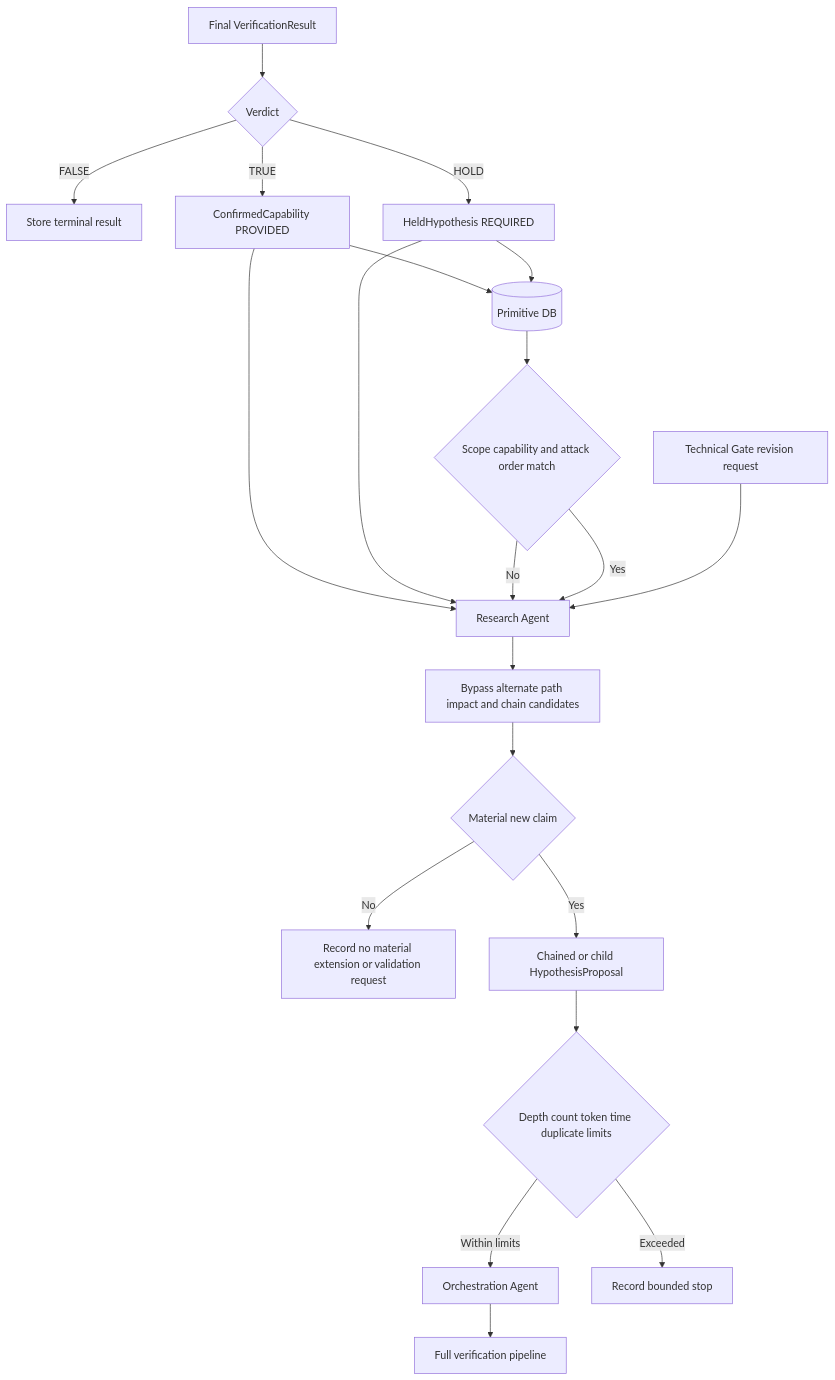
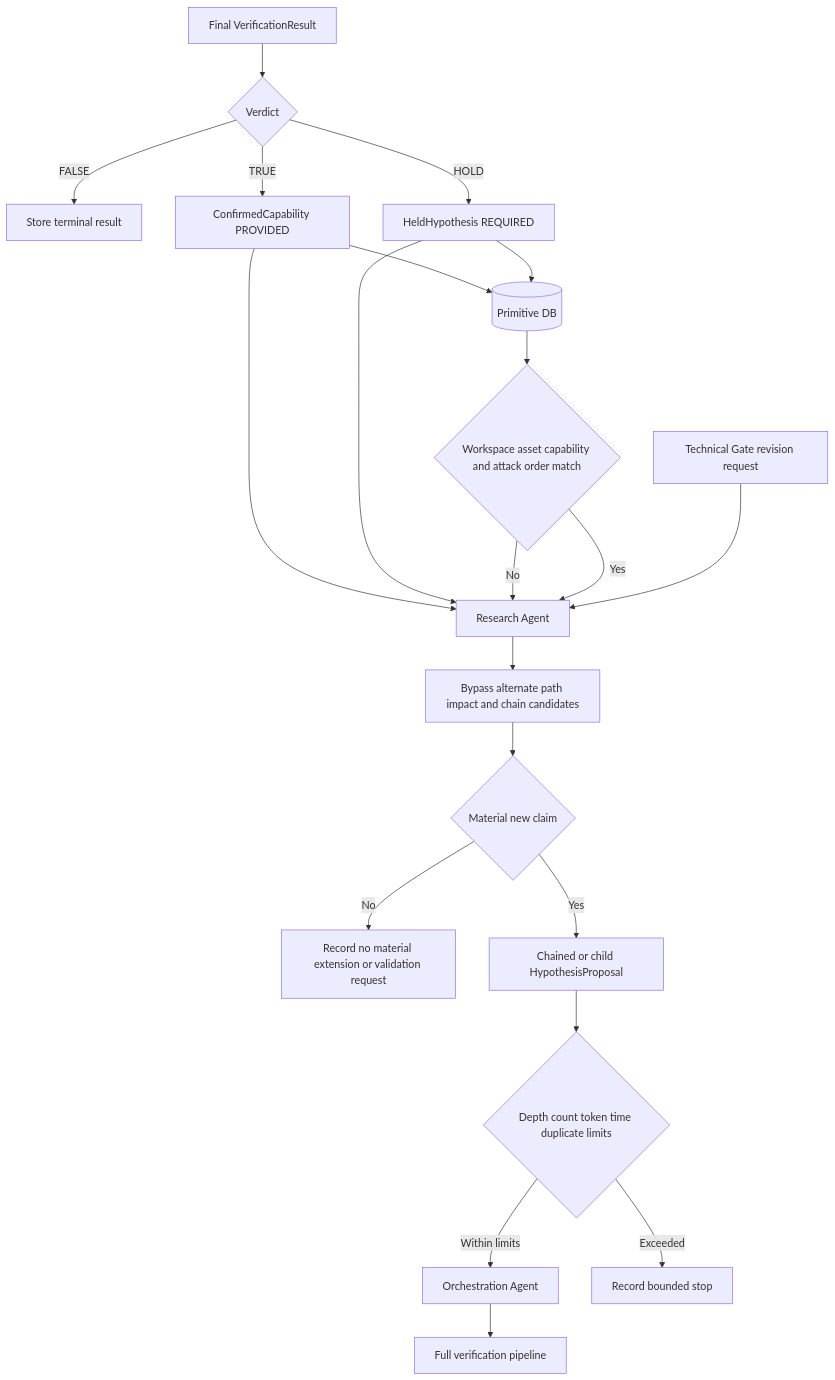
The fifth of 8 diagrams in docs/architecture-v5/13-architecture-diagrams.md (SASTsimi/sastsimi), drawn with Mermaid before and after one commit. The commit also changed other lines of this file and 7 other files, not shown here.

Commit message:
docs: redraw architecture without snapshot stage

````diff
--- a/docs/architecture-v5/13-architecture-diagrams.md
+++ b/docs/architecture-v5/13-architecture-diagrams.md
@@ -139,23 +141,23 @@
 ```mermaid
 flowchart TB
     VR[Final VerificationResult] --> KIND{Verdict}
     KIND -->|FALSE| CLOSED[Store terminal result]
     KIND -->|TRUE| PROVIDED[ConfirmedCapability PROVIDED]
     KIND -->|HOLD| REQUIRED[HeldHypothesis REQUIRED]
     PROVIDED --> PDB[(Primitive DB)]
     PROVIDED --> RESEARCH[Research Agent]
     REQUIRED --> PDB
     REQUIRED --> RESEARCH
-    PDB --> MATCH{Scope capability and attack order match}
+    PDB --> MATCH{Workspace asset capability and attack order match}
     MATCH -->|No| RESEARCH[Research Agent]
     MATCH -->|Yes| RESEARCH
     TGREV[Technical Gate revision request] --> RESEARCH
     RESEARCH --> CAND[Bypass alternate path impact and chain candidates]
     CAND --> MATERIAL{Material new claim}
     MATERIAL -->|No| RECORD[Record no material extension or validation request]
     MATERIAL -->|Yes| NEW[Chained or child HypothesisProposal]
     NEW --> LIMIT{Depth count token time duplicate limits}
     LIMIT -->|Within limits| ORCH[Orchestration Agent]
     LIMIT -->|Exceeded| STOP[Record bounded stop]
     ORCH --> VERIFY[Full verification pipeline]
 ```
````
